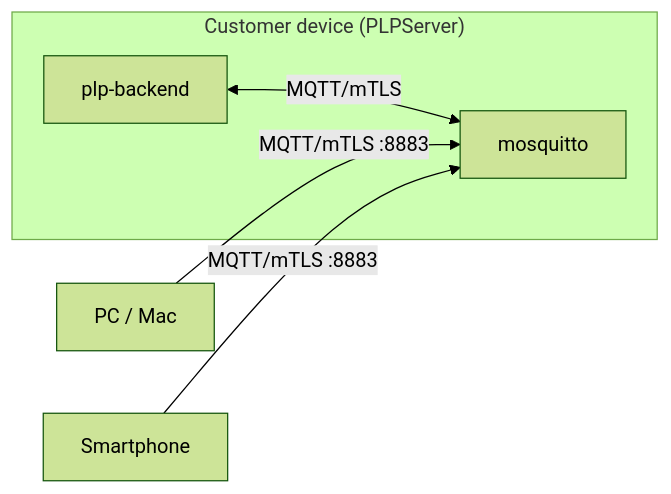
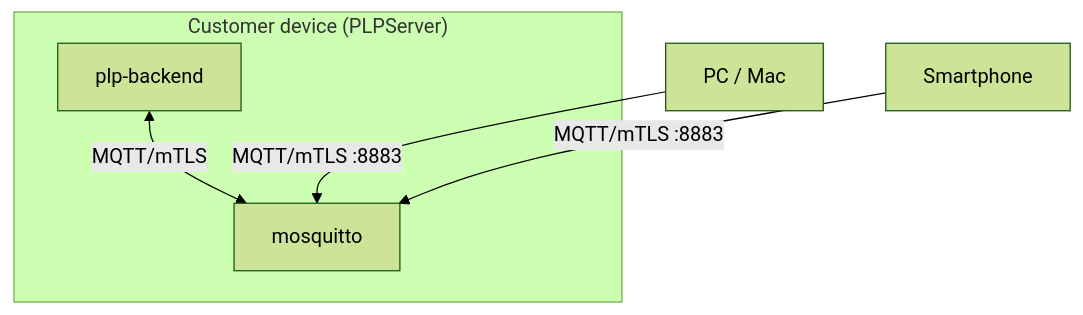
The third of 3 diagrams in profile/README.md (phraselock/.github), drawn with Mermaid (forest theme) before and after one commit. The commit also changed other lines of this file, not shown here.

````diff
--- a/profile/README.md
+++ b/profile/README.md
@@ -63,11 +64,11 @@
 ```mermaid
-flowchart LR
+flowchart TD
     subgraph Device["Customer device (PLPServer)"]
         Backend[plp-backend]
         MQ[mosquitto]
         Backend <-->|MQTT/mTLS| MQ
     end
 
     PC[PC / Mac] -->|MQTT/mTLS :8883| MQ
     Phone[Smartphone] -->|MQTT/mTLS :8883| MQ
 ```
````
